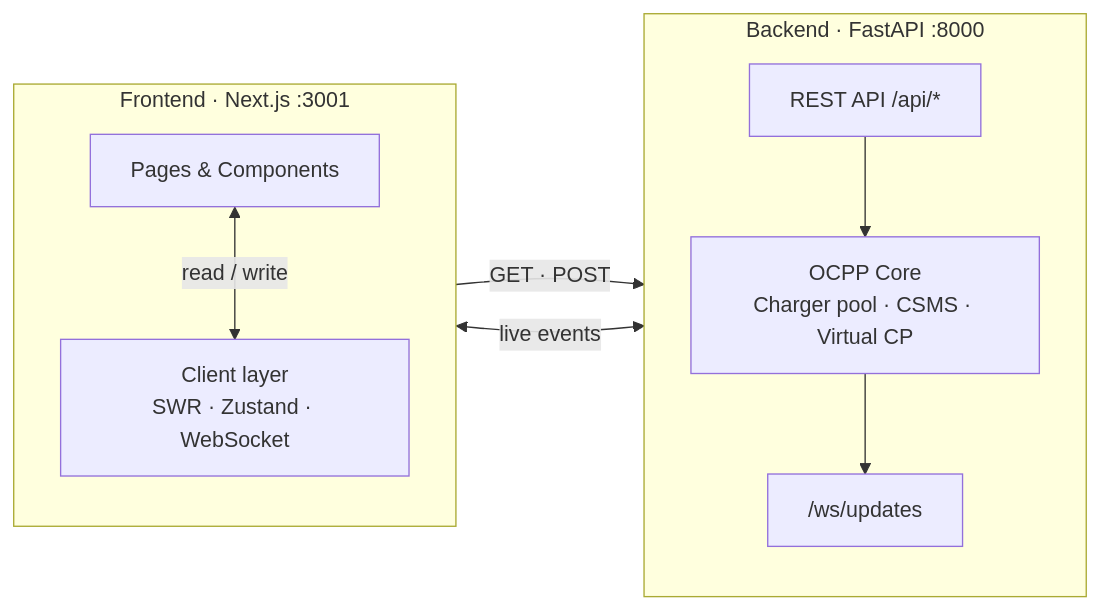
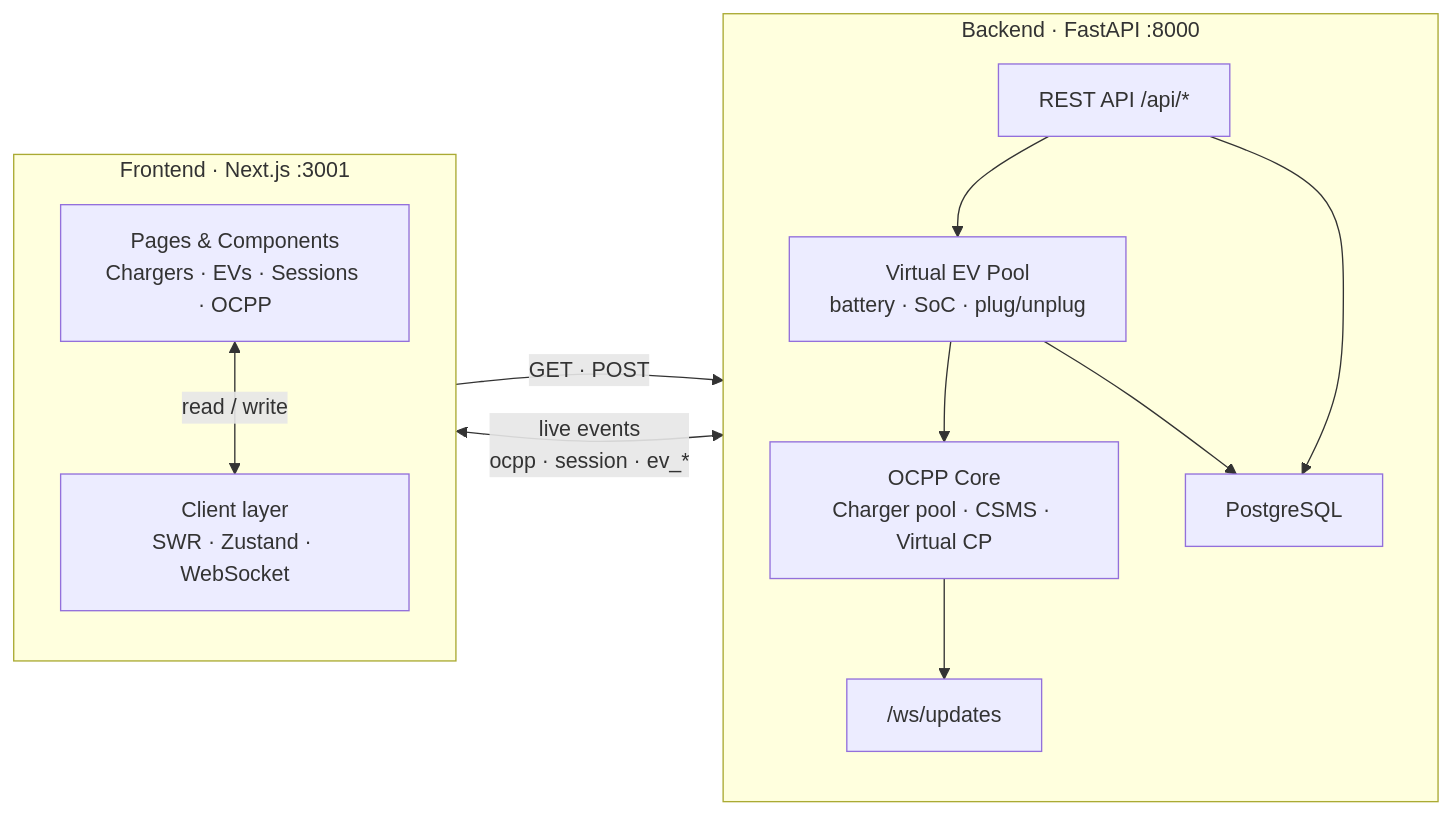
One commit to Shriyansh2004/EV-SIM-frontend changed the first of 3 diagrams in README.md. Above: the diagram before and after it, drawn with Mermaid. The commit also changed other lines of this file, not shown here.

````diff
--- a/README.md
+++ b/README.md
@@ -77,20 +79,24 @@
 ```mermaid
 flowchart LR
     subgraph FE["Frontend · Next.js :3001"]
         direction TB
-        P["Pages & Components"]
-        C["Client layer\nSWR · Zustand · WebSocket"]
+        P["Pages & Components<br/>Chargers · EVs · Sessions · OCPP"]
+        C["Client layer<br/>SWR · Zustand · WebSocket"]
         P <-->|"read / write"| C
     end
 
     subgraph BE["Backend · FastAPI :8000"]
         direction TB
         R["REST API /api/*"]
-        O["OCPP Core\nCharger pool · CSMS · Virtual CP"]
+        EV["Virtual EV Pool<br/>battery · SoC · plug/unplug"]
+        O["OCPP Core<br/>Charger pool · CSMS · Virtual CP"]
+        DB["PostgreSQL"]
         E["/ws/updates"]
-        R --> O --> E
+        R --> EV --> O --> E
+        R --> DB
+        EV --> DB
     end
 
     C -->|"GET · POST"| R
-    C <-->|"live events"| E
+    C <-->|"live events<br/>ocpp · session · ev_*"| E
 ```
````
